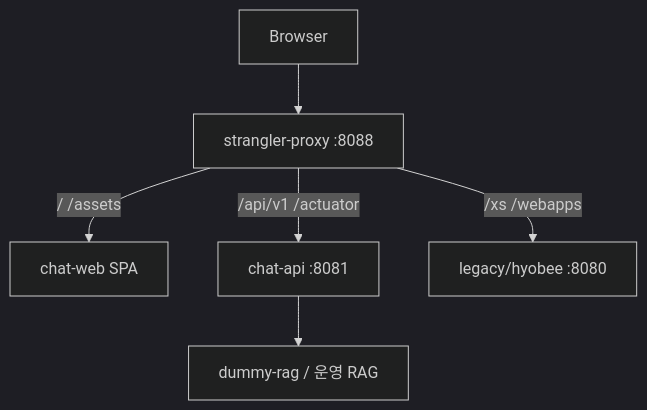
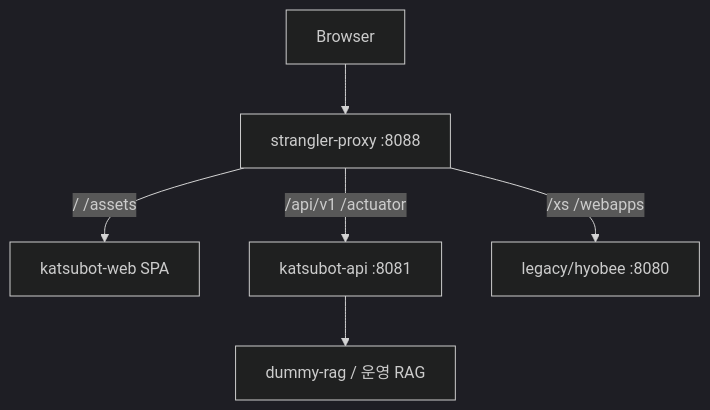
The diagram in docs/archive/KC-007/superseded/decommission-runbook.md (katsulabs/katsulabs-katsubot), drawn with Mermaid (dark theme) before and after one commit. The commit also changed other lines of this file and 34 other files, not shown here.

First line of the commit message:
docs(KC-007-modernization): katsubot-api/web 리네임 및 마이그레이션 문서 갱신

````diff
--- a/docs/archive/KC-007/superseded/decommission-runbook.md
+++ b/docs/archive/KC-007/superseded/decommission-runbook.md
@@ -7,15 +7,15 @@
 ```mermaid
 flowchart TB
   Browser[Browser]
   Proxy[strangler-proxy :8088]
-  Web[chat-web SPA]
-  API[chat-api :8081]
+  Web[katsubot-web SPA]
+  API[katsubot-api :8081]
   Legacy[legacy/hyobee :8080]
   RAG[dummy-rag / 운영 RAG]
 
   Browser --> Proxy
   Proxy -->|/ /assets| Web
   Proxy -->|/api/v1 /actuator| API
   Proxy -->|/xs /webapps| Legacy
   API --> RAG
 ```
````
